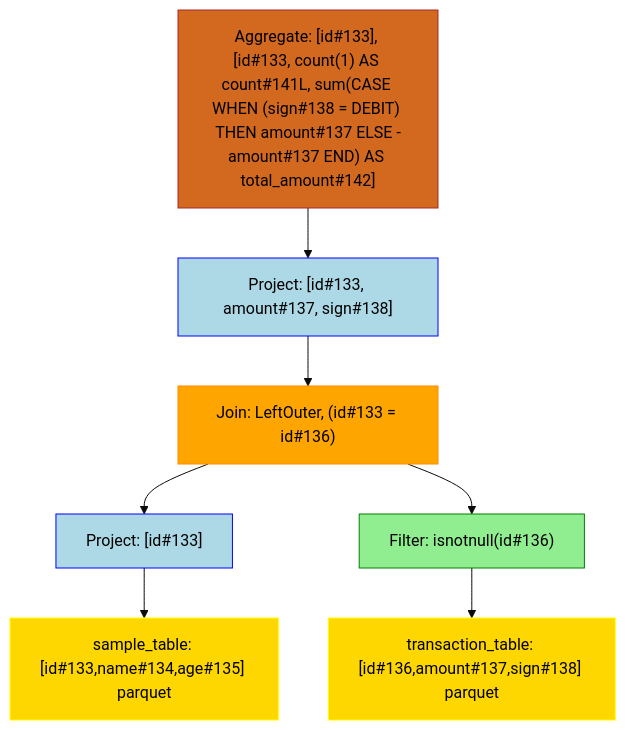
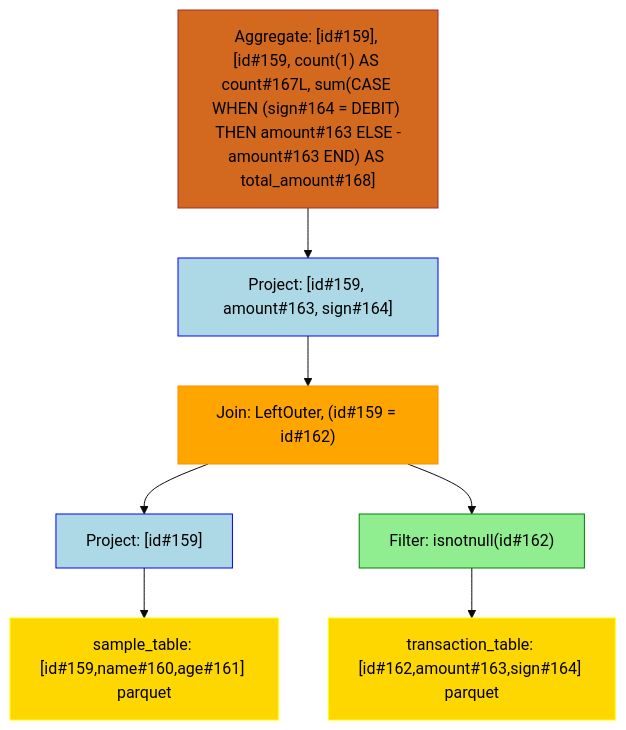
One commit to NielkNetraam/explainalyzed changed the diagram in data/visualization/aggregation_3.mmd. Above: the diagram before and after it, drawn with Mermaid (base theme). The commit also changed 28 other files, not shown here.

```diff
--- a/data/visualization/aggregation_3.mmd
+++ b/data/visualization/aggregation_3.mmd
@@ -1,22 +1,22 @@
 flowchart TD
     classDef PROJECT stroke:Blue,fill:LightBlue,color:black
     classDef FILTER stroke:Green,fill:LightGreen,color:black
     classDef UNION stroke:Purple,fill:Violet,color:black
     classDef JOIN stroke:DarkOrange,fill:Orange,color:black
     classDef RELATION stroke:Yellow,fill:Gold,color:black
     classDef AGGREGATE stroke:Brown,fill:Chocolate,color:black
 
-    Aggregate#1["Aggregate: [id#133], [id#133, count(1) AS count#141L, sum(CASE WHEN (sign#138 = DEBIT) THEN amount#137 ELSE -amount#137 END) AS total_amount#142]"]:::AGGREGATE
-    Project#11["Project: [id#133, amount#137, sign#138]"]:::PROJECT
-    Join#111["Join: LeftOuter, (id#133 = id#136)"]:::JOIN
-    Project#1111["Project: [id#133]"]:::PROJECT
-    Relation#11111["sample_table: [id#133,name#134,age#135] parquet"]:::RELATION
-    Filter#1112["Filter: isnotnull(id#136)"]:::FILTER
-    Relation#11121["transaction_table: [id#136,amount#137,sign#138] parquet"]:::RELATION
+    Aggregate#1["Aggregate: [id#159], [id#159, count(1) AS count#167L, sum(CASE WHEN (sign#164 = DEBIT) THEN amount#163 ELSE -amount#163 END) AS total_amount#168]"]:::AGGREGATE
+    Project#11["Project: [id#159, amount#163, sign#164]"]:::PROJECT
+    Join#111["Join: LeftOuter, (id#159 = id#162)"]:::JOIN
+    Project#1111["Project: [id#159]"]:::PROJECT
+    Relation#11111["sample_table: [id#159,name#160,age#161] parquet"]:::RELATION
+    Filter#1112["Filter: isnotnull(id#162)"]:::FILTER
+    Relation#11121["transaction_table: [id#162,amount#163,sign#164] parquet"]:::RELATION
 
     Aggregate#1 --> Project#11
         Project#11 --> Join#111
             Join#111 --> Project#1111
                 Project#1111 --> Relation#11111
             Join#111 --> Filter#1112
                 Filter#1112 --> Relation#11121
```
